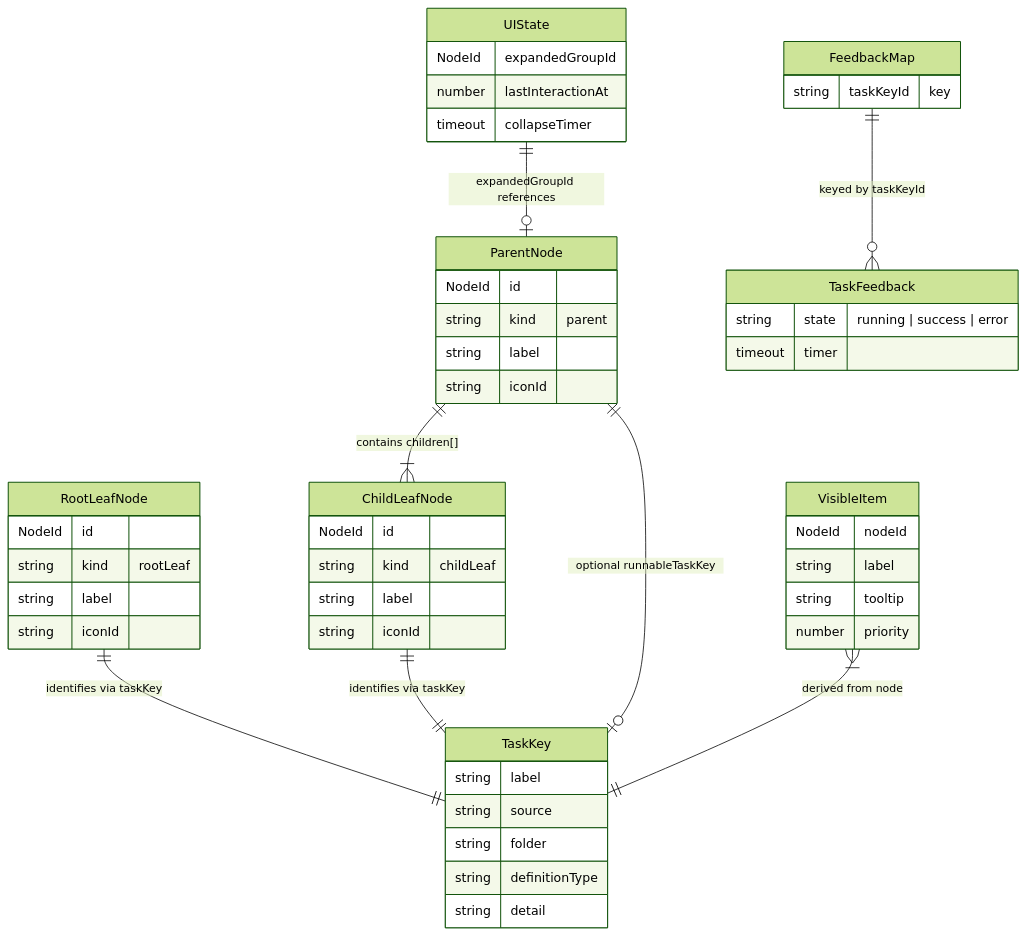
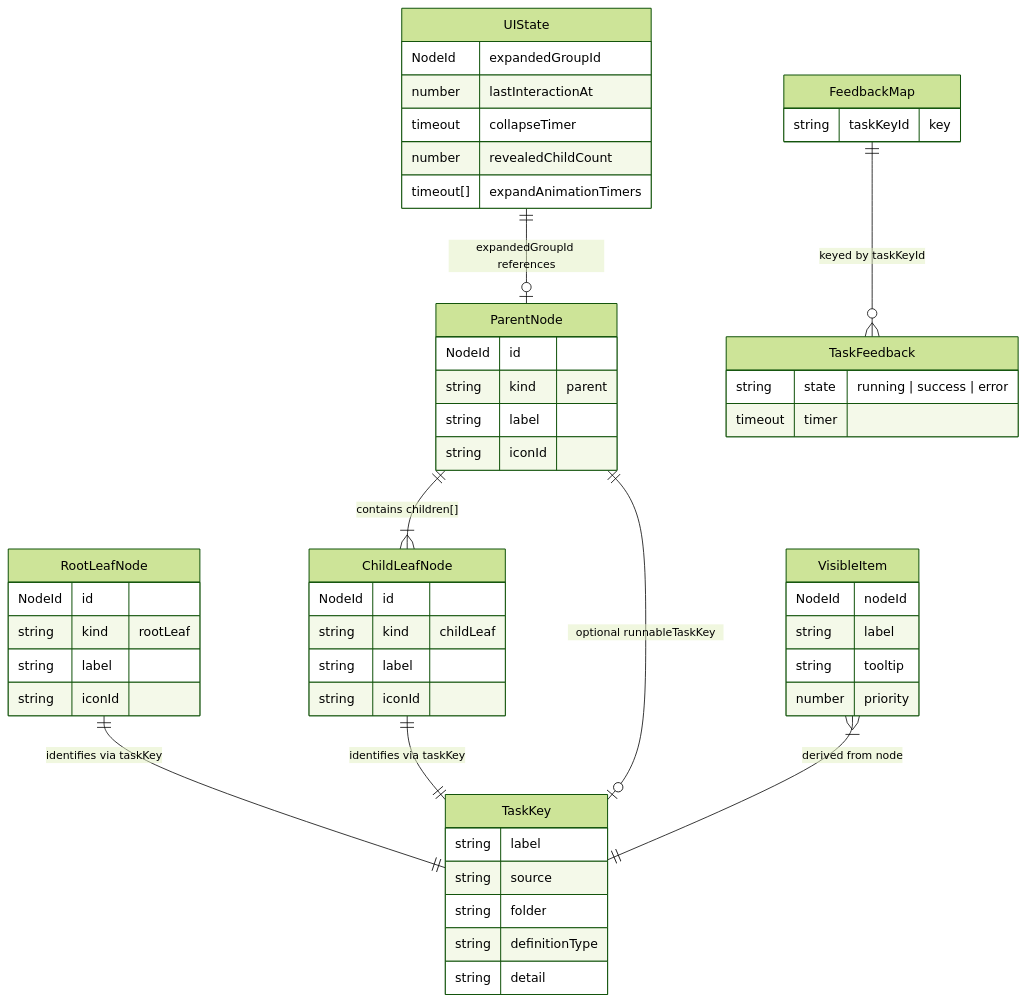
One commit to tangentlin/taskasaurus changed the diagram in docs/DOMAIN.md. Above: the diagram before and after it, drawn with Mermaid (forest theme). The commit also changed other lines of this file and 13 other files, not shown here.

````diff
--- a/docs/DOMAIN.md
+++ b/docs/DOMAIN.md
@@ -29,61 +29,63 @@
 ```mermaid
 erDiagram
     TaskKey {
         string label
         string source
         string folder
         string definitionType
         string detail
     }
 
     RootLeafNode {
         NodeId id
         string kind "rootLeaf"
         string label
         string iconId
     }
 
     ParentNode {
         NodeId id
         string kind "parent"
         string label
         string iconId
     }
 
     ChildLeafNode {
         NodeId id
         string kind "childLeaf"
         string label
         string iconId
     }
 
     UIState {
         NodeId expandedGroupId
         number lastInteractionAt
         timeout collapseTimer
+        number revealedChildCount
+        timeout[] expandAnimationTimers
     }
 
     FeedbackMap {
         string taskKeyId "key"
     }
 
     TaskFeedback {
         string state "running | success | error"
         timeout timer
     }
 
     VisibleItem {
         NodeId nodeId
         string label
         string tooltip
         number priority
     }
 
     RootLeafNode ||--|| TaskKey : "identifies via taskKey"
     ChildLeafNode ||--|| TaskKey : "identifies via taskKey"
     ParentNode ||--o| TaskKey : "optional runnableTaskKey"
     ParentNode ||--|{ ChildLeafNode : "contains children[]"
     UIState ||--o| ParentNode : "expandedGroupId references"
     FeedbackMap ||--o{ TaskFeedback : "keyed by taskKeyId"
     VisibleItem }|--|| TaskKey : "derived from node"
 ```
````
